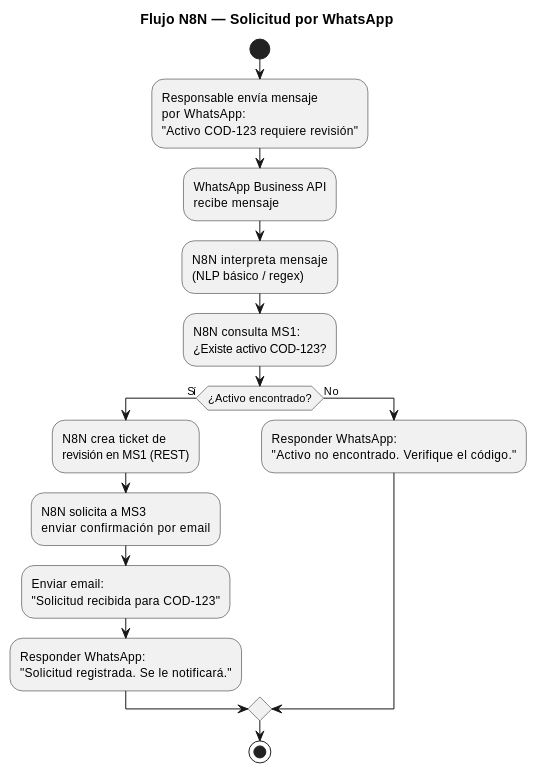
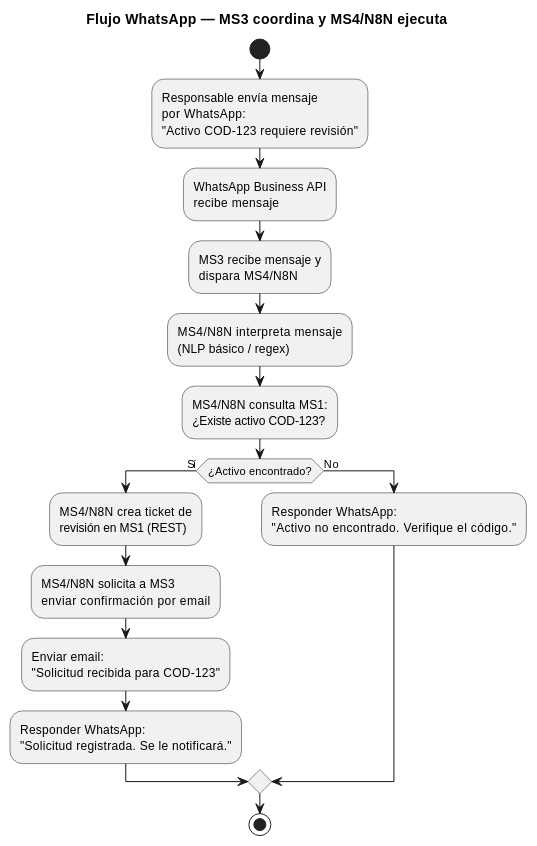
Diagram 11 of 15 in docs/Propuesta - Sistema de Activos Fijos.md (borysinho/microservicios-activos-fijos), drawn with PlantUML before and after one commit. The commit also changed other lines of this file and 23 other files, not shown here.

````diff
--- a/docs/Propuesta - Sistema de Activos Fijos.md
+++ b/docs/Propuesta - Sistema de Activos Fijos.md
@@ -607,27 +620,29 @@
 ```plantuml
 @startuml FlujoWhatsApp
-title Flujo N8N — Solicitud por WhatsApp
+title Flujo WhatsApp — MS3 coordina y MS4/N8N ejecuta
 
 start
 
 :Responsable envía mensaje\npor WhatsApp:\n"Activo COD-123 requiere revisión";
 
 :WhatsApp Business API\nrecibe mensaje;
 
-:N8N interpreta mensaje\n(NLP básico / regex);
+:MS3 recibe mensaje y\ndispara MS4/N8N;
 
-:N8N consulta MS1:\n¿Existe activo COD-123?;
+:MS4/N8N interpreta mensaje\n(NLP básico / regex);
+
+:MS4/N8N consulta MS1:\n¿Existe activo COD-123?;
 
 if (¿Activo encontrado?) then (Sí)
-    :N8N crea ticket de\nrevisión en MS1 (REST);
-    :N8N solicita a MS3\nenviar confirmación por email;
+    :MS4/N8N crea ticket de\nrevisión en MS1 (REST);
+    :MS4/N8N solicita a MS3\nenviar confirmación por email;
     :Enviar email:\n"Solicitud recibida para COD-123";
     :Responder WhatsApp:\n"Solicitud registrada. Se le notificará.";
 else (No)
     :Responder WhatsApp:\n"Activo no encontrado. Verifique el código.";
 endif
 
 stop
 
 @enduml
 ```
````
